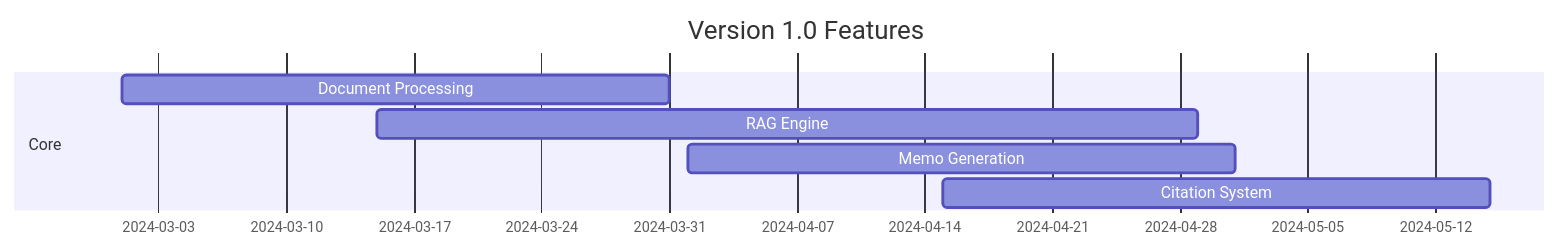
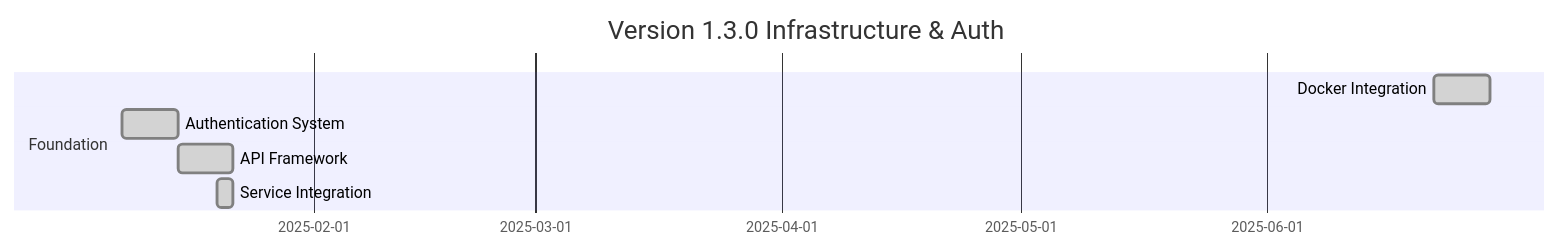
One commit to HaoyangHan/tiny-RAG changed the second of 7 diagrams in FeatureMap.md. Above: the diagram before and after it, drawn with Mermaid. The commit also changed other lines of this file and 7 other files, not shown here.

````diff
--- a/FeatureMap.md
+++ b/FeatureMap.md
@@ -66,10 +66,10 @@
 ```mermaid
 gantt
-    title Version 1.0 Features
-    dateFormat  YYYY-MM-DD
-    section Core
-    Document Processing    :2024-03-01, 30d
-    RAG Engine            :2024-03-15, 45d
-    Memo Generation       :2024-04-01, 30d
-    Citation System       :2024-04-15, 30d
+    title Version 1.3.0 Infrastructure & Auth
+    dateFormat  2025-01-01
+    section Foundation
+    Docker Integration    :done, 2025-01-01, 7d
+    Authentication System :done, 2025-01-08, 7d
+    API Framework        :done, 2025-01-15, 7d
+    Service Integration  :done, 2025-01-20, 2d
 ```
````
